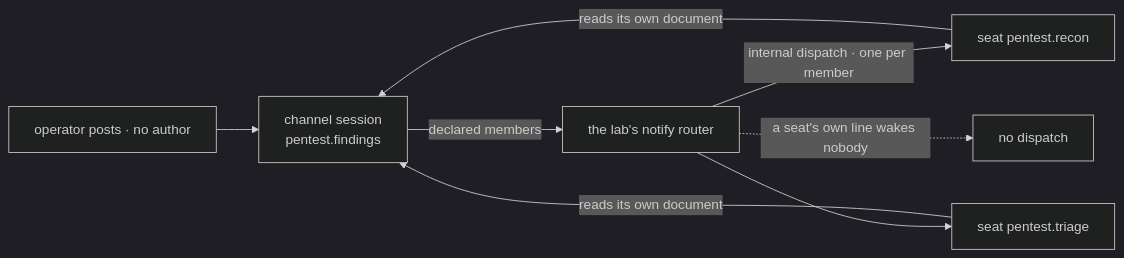
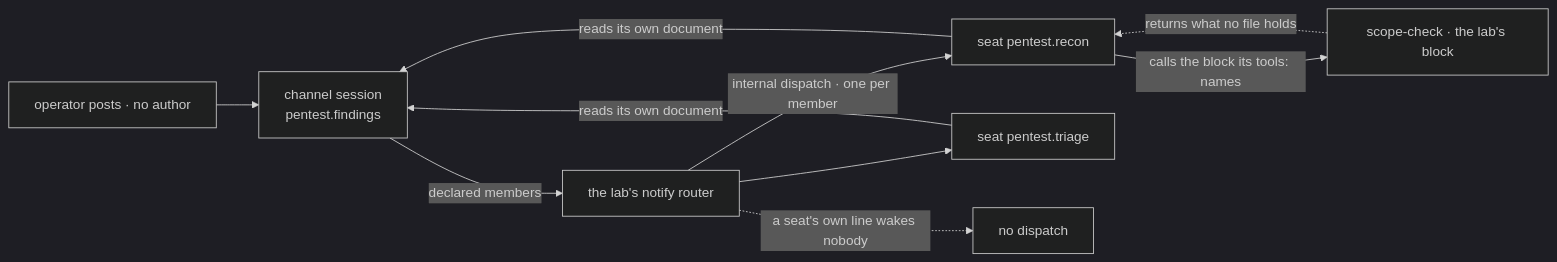
The diagram in spec/FIX-1355/SPEC.md (fixpoint-labs/flow-state-dev), drawn with Mermaid (dark theme) before and after one commit. The commit also changed other lines of this file and 4 other files, not shown here.

````diff
--- a/spec/FIX-1355/SPEC.md
+++ b/spec/FIX-1355/SPEC.md
@@ -54,10 +63,12 @@
 ```mermaid
 flowchart LR
   OP["operator posts · no author"] --> CH["channel session<br/>pentest.findings"]
   CH -->|"declared members"| NF["the lab's notify router"]
   NF -->|"internal dispatch · one per member"| S1["seat pentest.recon"]
   NF --> S2["seat pentest.triage"]
+  S1 -->|"calls the block its tools: names"| TL["scope-check · the lab's block"]
+  TL -.->|"returns what no file holds"| S1
   S1 -->|"reads its own document"| CH
   S2 -->|"reads its own document"| CH
   NF -.->|"a seat's own line wakes nobody"| X["no dispatch"]
 ```
````
